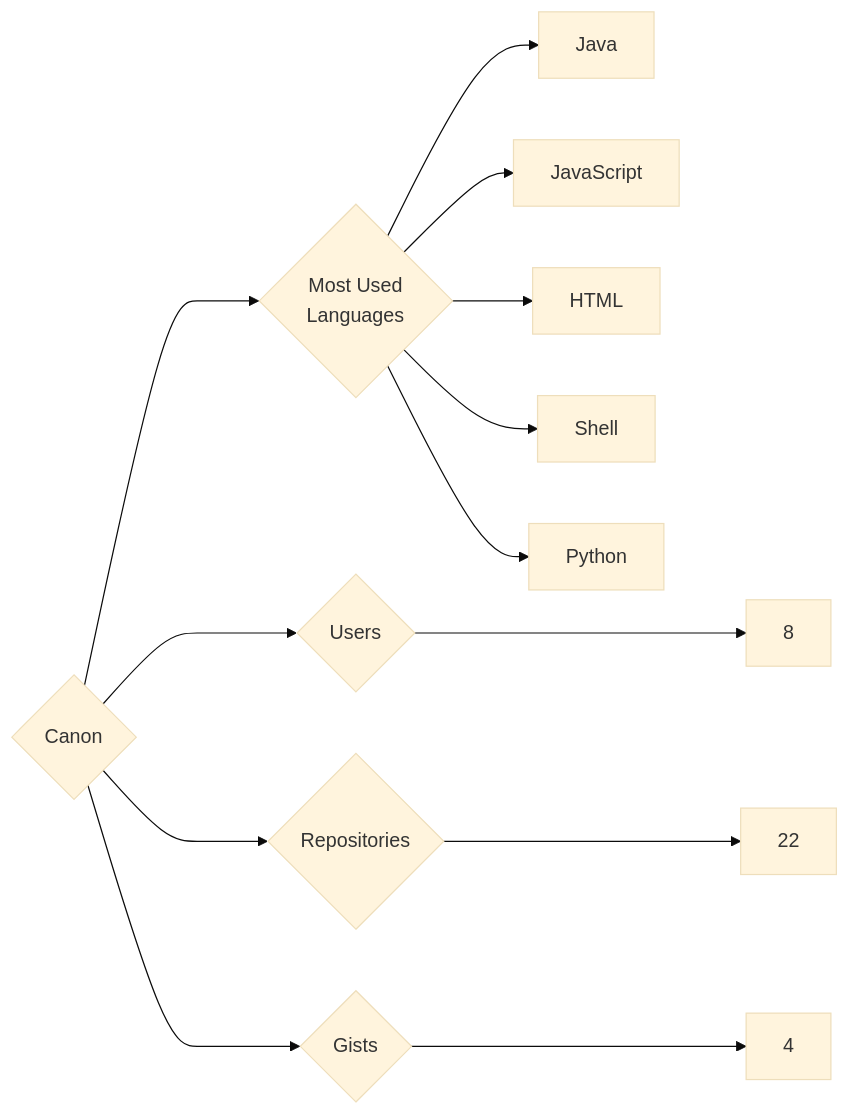
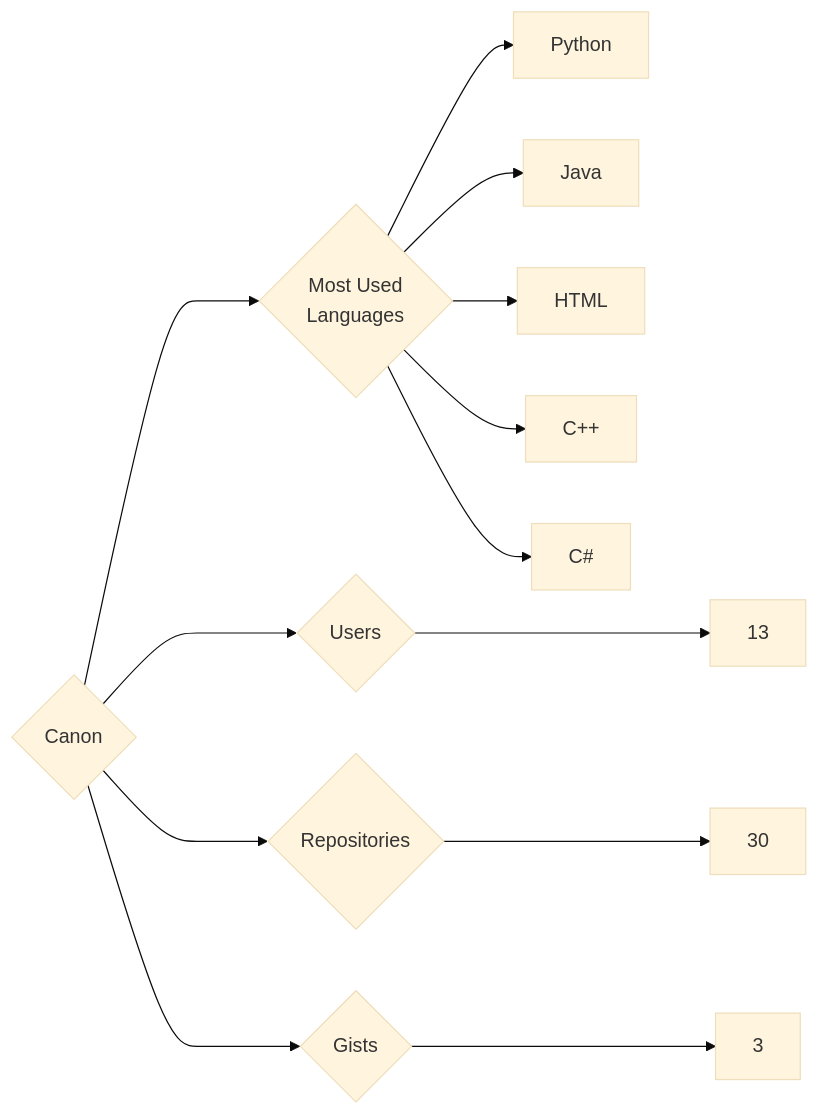
One commit to trickest/insiders changed the diagram in targets/Canon/README.md. Above: the diagram before and after it, drawn with Mermaid (base theme). The commit also changed 720 other files, not shown here.

````diff
--- a/targets/Canon/README.md
+++ b/targets/Canon/README.md
@@ -3,13 +3,13 @@
 ```mermaid
 graph LR
 COMPANY_NAME{Canon}
-COMPANY_NAME ---> U{Users} ---> UN[8]
-COMPANY_NAME ---> R{Repositories} ---> RN[22]
-COMPANY_NAME ---> G{Gists} ---> GN[4]
+COMPANY_NAME ---> U{Users} ---> UN[13]
+COMPANY_NAME ---> R{Repositories} ---> RN[30]
+COMPANY_NAME ---> G{Gists} ---> GN[3]
 COMPANY_NAME ---> ML{Most Used<br>Languages}
+ML --> Python[Python]
 ML --> Java[Java]
-ML --> JavaScript[JavaScript]
 ML --> HTML[HTML]
-ML --> Shell[Shell]
-ML --> Python[Python]
+ML --> C++[C++]
+ML --> C#[C#]
 ```
````
